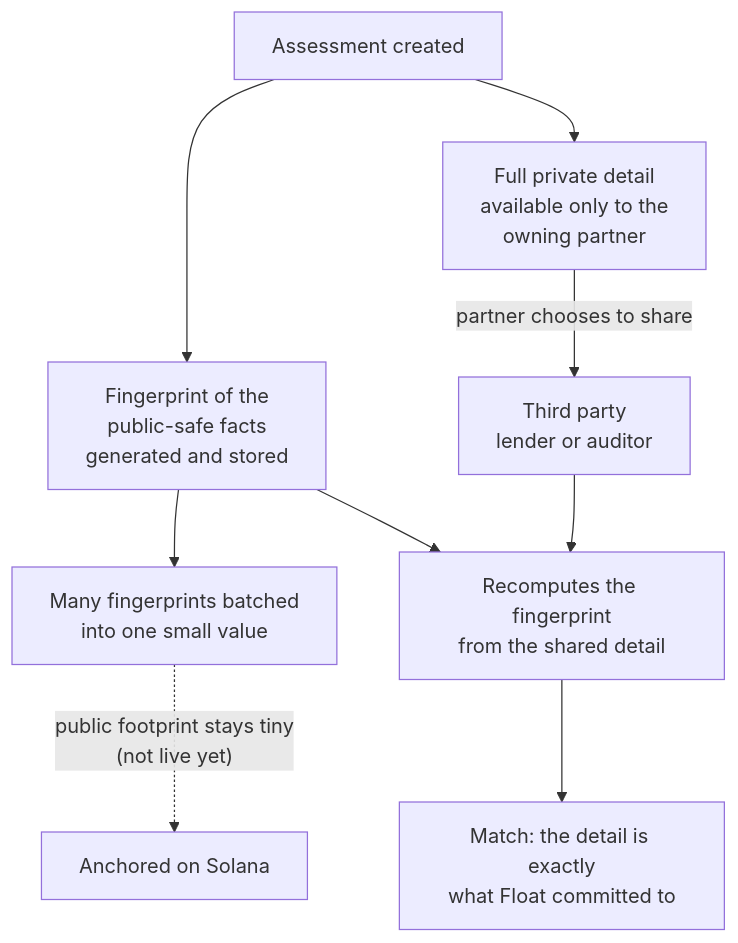
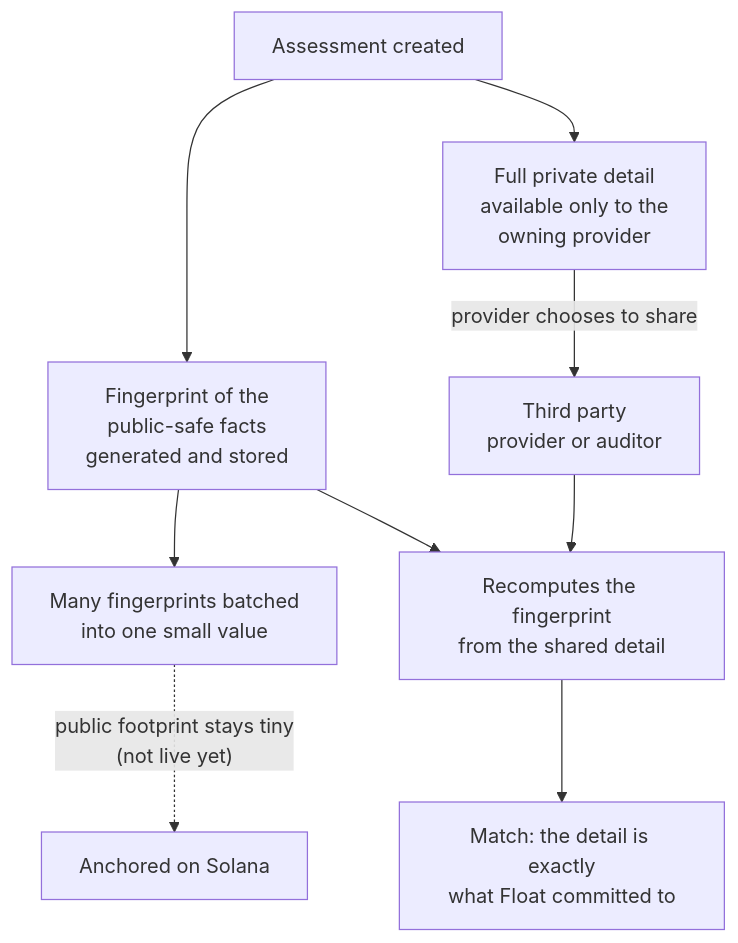
Before and after one commit to Samisha68/Float_website: the first of 2 diagrams in src/docs/content/architecture.mdx, drawn with Mermaid. The commit also changed other lines of this file and 3 other files, not shown here.

````diff
--- a/src/docs/content/architecture.mdx
+++ b/src/docs/content/architecture.mdx
@@ -57,11 +57,11 @@
 ```mermaid
 flowchart TB
   A["Assessment created"] --> B["Fingerprint of the<br/>public-safe facts<br/>generated and stored"]
-  A --> C["Full private detail<br/>available only to the<br/>owning partner"]
+  A --> C["Full private detail<br/>available only to the<br/>owning provider"]
   B --> G["Many fingerprints batched<br/>into one small value"]
   G -.->|"public footprint stays tiny<br/>(not live yet)"| P["Anchored on Solana"]
-  C -->|"partner chooses to share"| T["Third party<br/>lender or auditor"]
+  C -->|"provider chooses to share"| T["Third party<br/>provider or auditor"]
   T --> V["Recomputes the fingerprint<br/>from the shared detail"]
   B --> V
   V --> OK["Match: the detail is exactly<br/>what Float committed to"]
 ```
````
